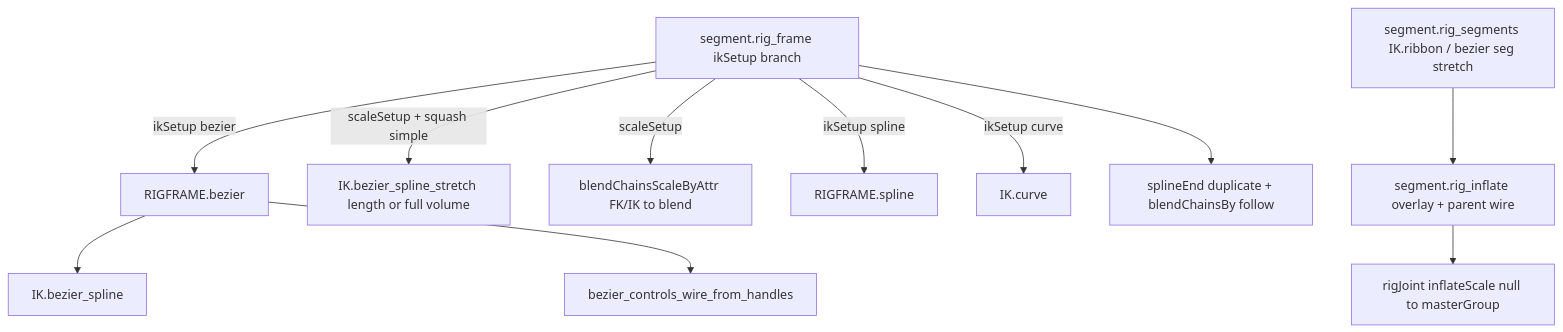
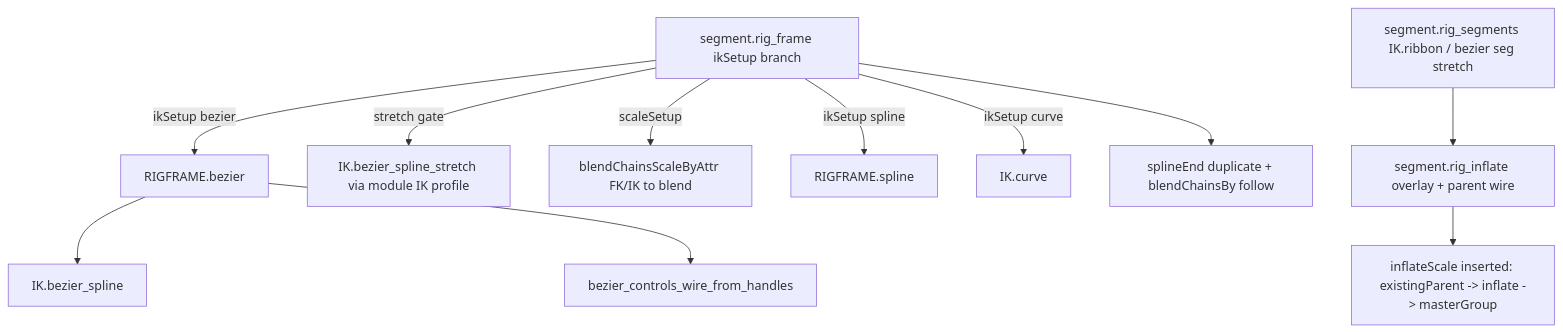
The diagram in Branches/Branch_BezierIK.md (jjburton/cgmToolsDev), drawn with Mermaid before and after one commit. The commit also changed other lines of this file and 4 other files, not shown here.

````diff
--- a/Branches/Branch_BezierIK.md
+++ b/Branches/Branch_BezierIK.md
@@ -115,16 +132,16 @@
 ```mermaid
 flowchart TD
   segmentRig[segment.rig_frame ikSetup branch]
   segmentRig -->|ikSetup bezier| rigFrameBezier[RIGFRAME.bezier]
   rigFrameBezier --> bezierSpline[IK.bezier_spline]
   rigFrameBezier --> wireCV[bezier_controls_wire_from_handles]
-  segmentRig -->|scaleSetup + squash simple| stretch[IK.bezier_spline_stretch length or full volume]
+  segmentRig -->|stretch gate| stretch[IK.bezier_spline_stretch via module IK profile]
   segmentRig -->|scaleSetup| scaleBlend[blendChainsScaleByAttr FK/IK to blend]
   rigSegments[segment.rig_segments IK.ribbon / bezier seg stretch]
   rigInflate[segment.rig_inflate overlay + parent wire]
   rigSegments --> rigInflate
-  rigInflate --> rigDirect[rigJoint inflateScale null to masterGroup]
+  rigInflate --> rigDirect["inflateScale inserted: existingParent -> inflate -> masterGroup"]
   segmentRig -->|ikSetup spline| rigFrameSpline[RIGFRAME.spline]
   segmentRig -->|ikSetup curve| ikCurve[IK.curve]
   segmentRig --> endDup[splineEnd duplicate + blendChainsBy follow]
 ```
````
